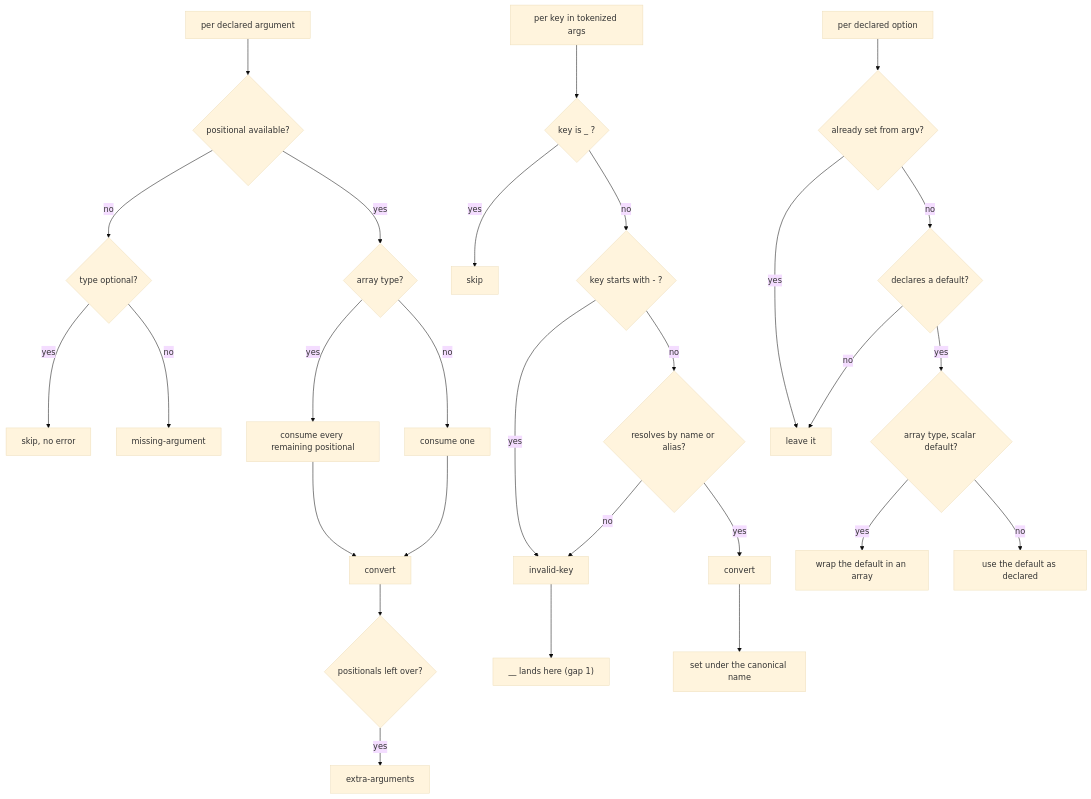
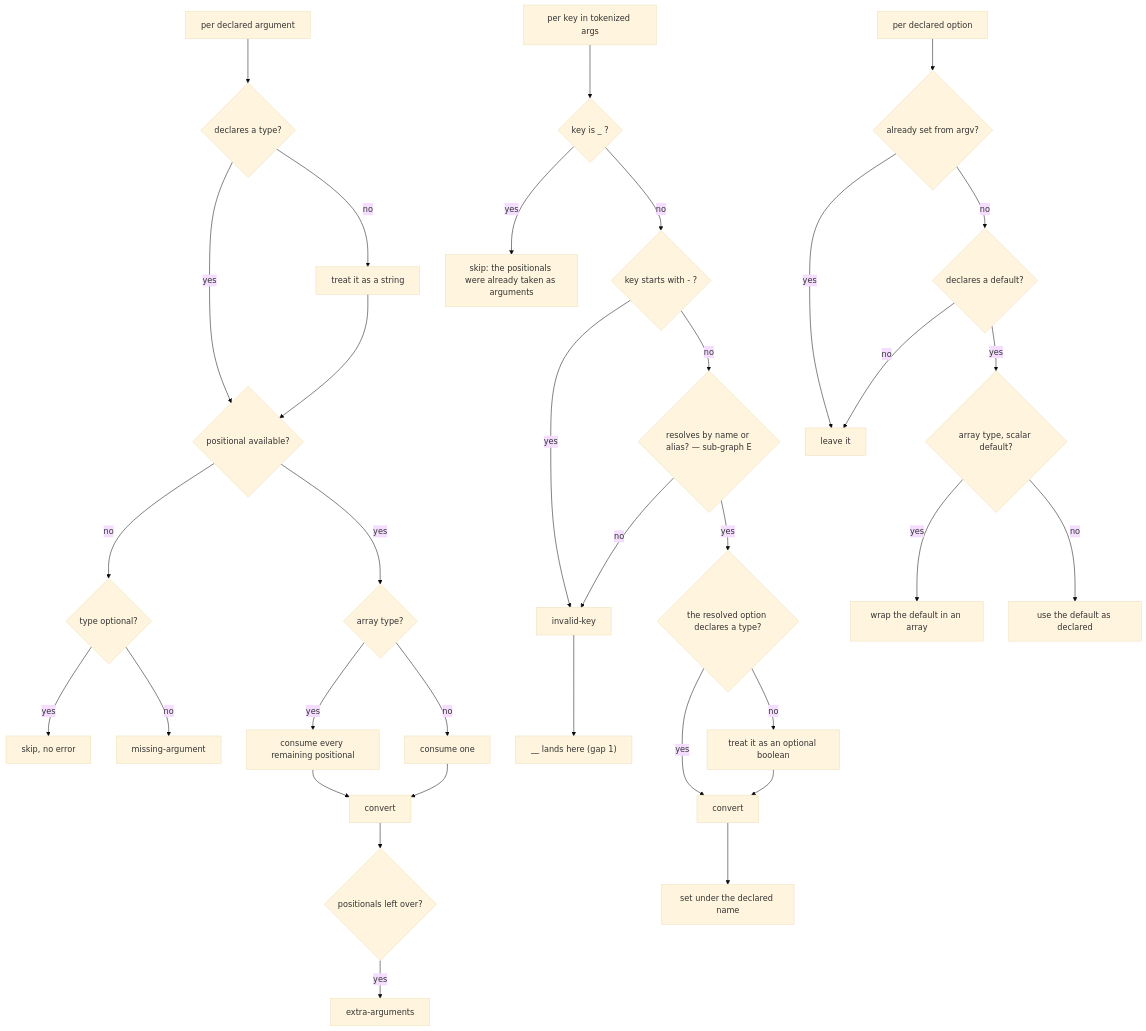
The fourth of 6 diagrams in packages/clibuilder/.agents/spec/input-parsing/README.md (clibuilder/clibuilder), drawn with Mermaid (base theme) before and after one commit. The commit also changed other lines of this file and 1 other file, not shown here.

````diff
--- a/packages/clibuilder/.agents/spec/input-parsing/README.md
+++ b/packages/clibuilder/.agents/spec/input-parsing/README.md
@@ -184,28 +217,33 @@
 ```mermaid
 graph TD
-  FA[per declared argument] --> AV{positional available?}
+  FA[per declared argument] --> AT{declares a type?}
+  AT -- yes --> AV{positional available?}
+  AT -- no --> ASTR[treat it as a string] --> AV
   AV -- no --> OPTQ{type optional?}
   OPTQ -- yes --> SKIP[skip, no error]
   OPTQ -- no --> MISS[missing-argument]
   AV -- yes --> ARR{array type?}
   ARR -- yes --> VAR[consume every remaining positional]
   ARR -- no --> ONE[consume one]
   VAR --> CONV[convert] --> LEFT{positionals left over?}
   ONE --> CONV
   LEFT -- yes --> EXTRA[extra-arguments]
   FO[per key in tokenized args] --> UK{key is _ ?}
-  UK -- yes --> SKIP2[skip]
+  UK -- yes --> SKIP2[skip: the positionals were already taken as arguments]
   UK -- no --> LD{"key starts with - ?"}
   LD -- yes --> IK[invalid-key]
-  LD -- no --> LU{"resolves by name or alias?"}
+  LD -- no --> LU{"resolves by name or alias? — sub-graph E"}
   LU -- no --> IK
-  LU -- yes --> CONV2[convert] --> SET[set under the canonical name]
+  LU -- yes --> OT{"the resolved option declares a type?"}
+  OT -- yes --> CONV2[convert]
+  OT -- no --> OBOOL[treat it as an optional boolean] --> CONV2
+  CONV2 --> SET[set under the declared name]
   IK --> GAP1["__ lands here (gap 1)"]
   FD[per declared option] --> ALREADY{already set from argv?}
   ALREADY -- yes --> NOOP[leave it]
   ALREADY -- no --> HASD{declares a default?}
   HASD -- no --> NOOP
   HASD -- yes --> ARRD{"array type, scalar default?"}
   ARRD -- yes --> WRAP[wrap the default in an array]
   ARRD -- no --> USE[use the default as declared]
 ```
````
